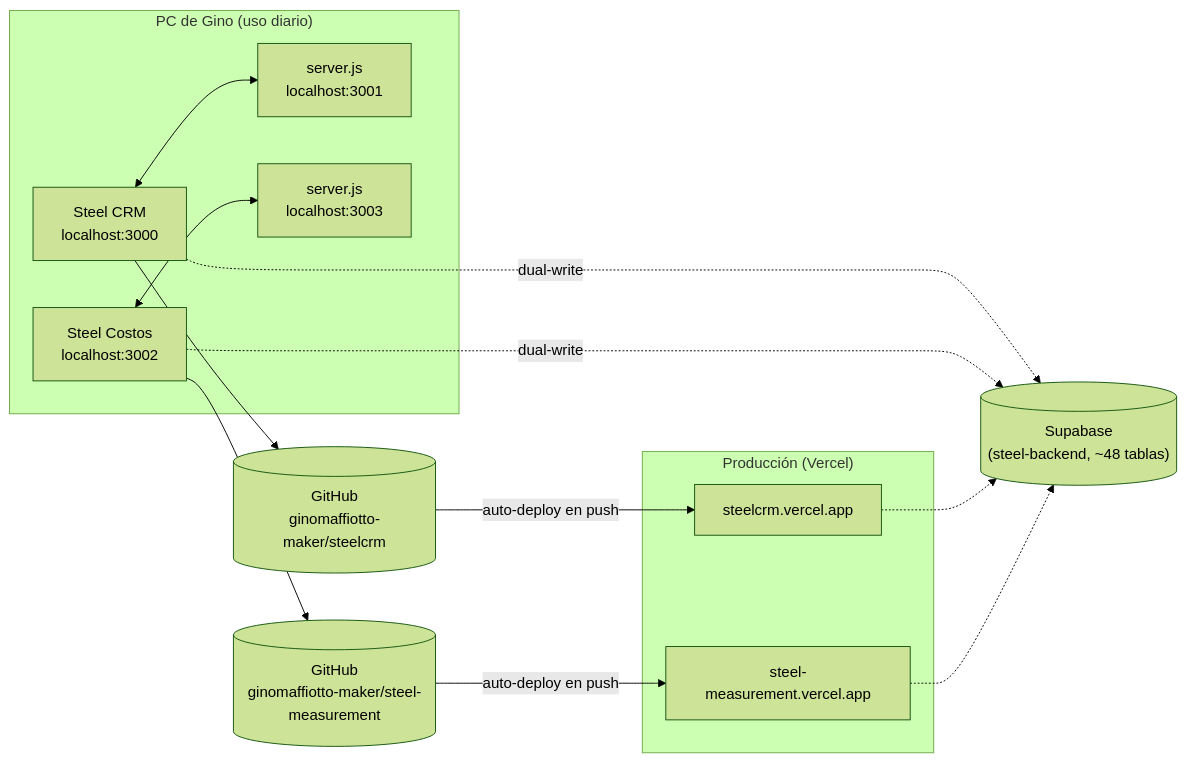
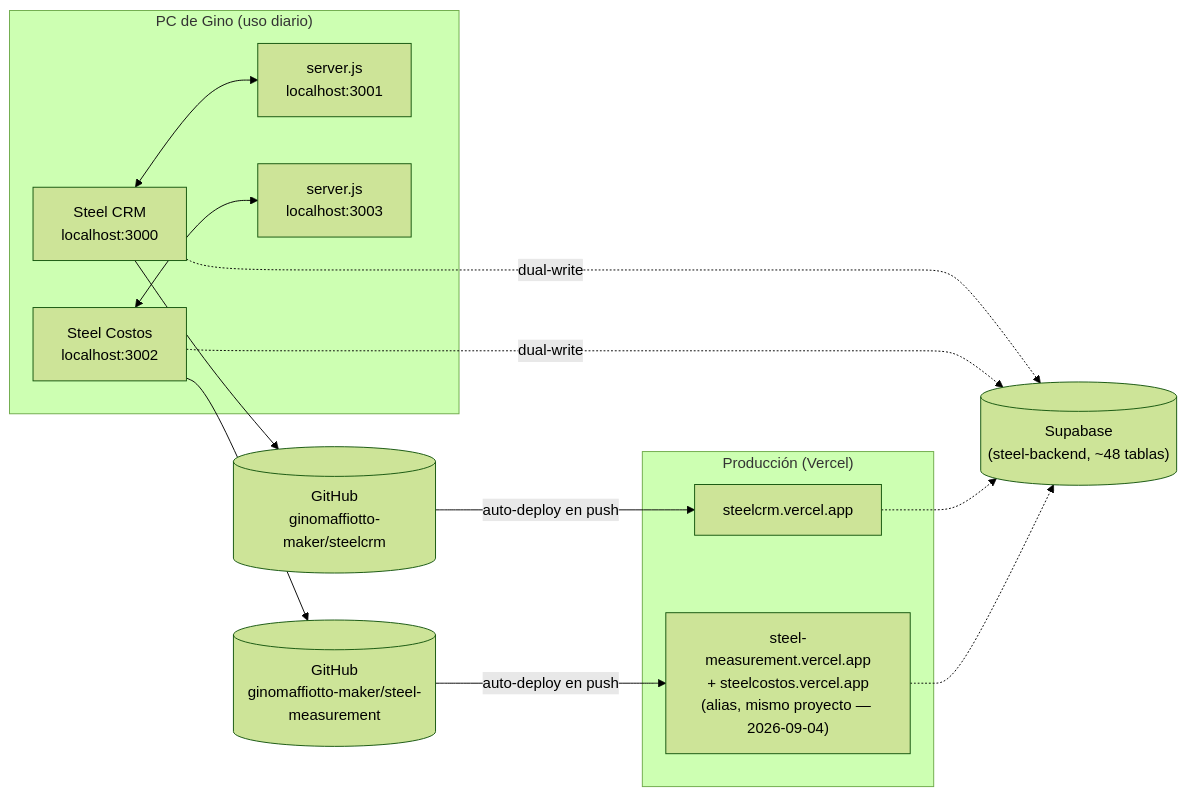
Before and after one commit to ginomaffiotto-maker/steel-measurement: the diagram in ARQUITECTURA-COMPARTIDA.md, drawn with Mermaid (forest theme). The commit also changed other lines of this file, not shown here.

````diff
--- a/ARQUITECTURA-COMPARTIDA.md
+++ b/ARQUITECTURA-COMPARTIDA.md
@@ -18,28 +18,28 @@
 ```mermaid
 flowchart LR
     subgraph LOCAL["PC de Gino (uso diario)"]
         CRMlocal["Steel CRM<br/>localhost:3000"]
         SMlocal["Steel Costos<br/>localhost:3002"]
         SRVcrm["server.js<br/>localhost:3001"]
         SRVsm["server.js<br/>localhost:3003"]
     end
 
     subgraph PROD["Producción (Vercel)"]
         CRMprod["steelcrm.vercel.app"]
-        SMprod["steel-measurement.vercel.app"]
+        SMprod["steel-measurement.vercel.app<br/>+ steelcostos.vercel.app<br/>(alias, mismo proyecto — 2026-09-04)"]
     end
 
     GH1[("GitHub<br/>ginomaffiotto-maker/steelcrm")]
     GH2[("GitHub<br/>ginomaffiotto-maker/steel-measurement")]
 
     SB[("Supabase<br/>(steel-backend, ~48 tablas)")]
 
     CRMlocal <--> SRVcrm
     SMlocal <--> SRVsm
     CRMlocal --> GH1 -->|auto-deploy en push| CRMprod
     SMlocal --> GH2 -->|auto-deploy en push| SMprod
     CRMlocal -.dual-write.-> SB
     SMlocal -.dual-write.-> SB
     CRMprod -.-> SB
     SMprod -.-> SB
 ```
````
